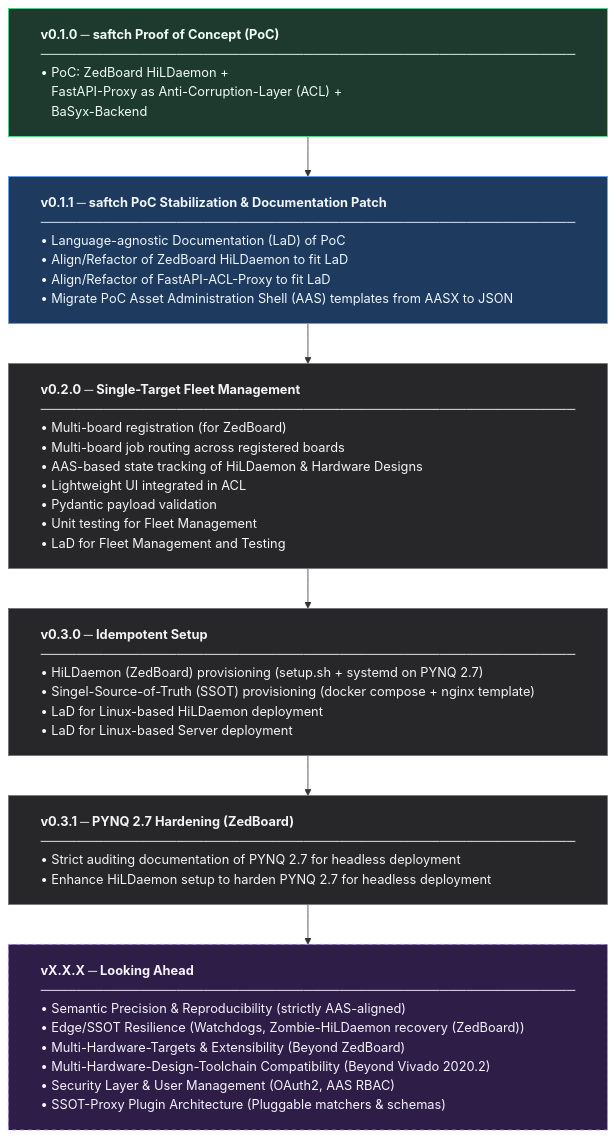
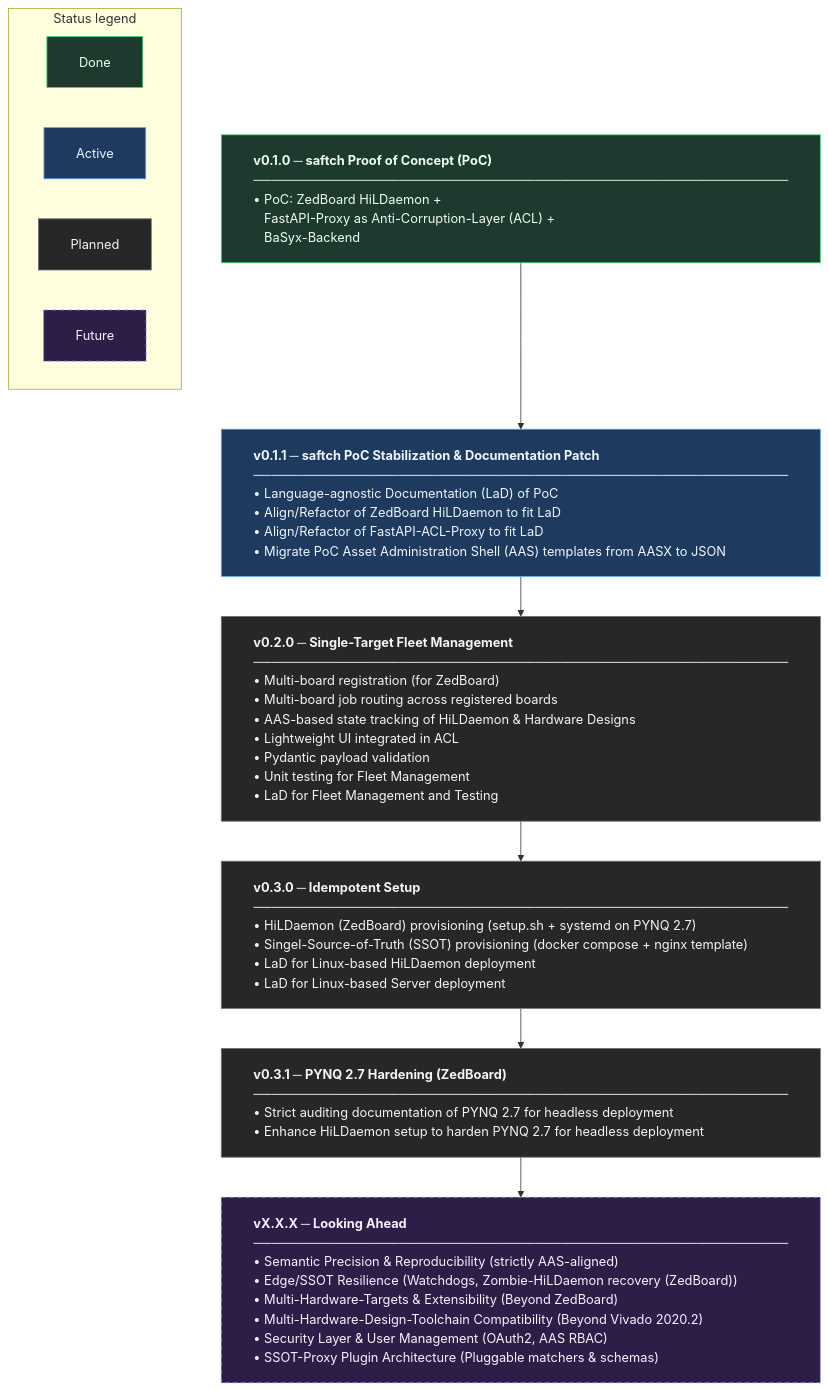
The diagram in docs/roadmap.md (merlinseela/i40-saftch), drawn with Mermaid before and after one commit. The commit also changed other lines of this file, not shown here.

Commit message:
docs: explain roadmap status labels

````diff
--- a/docs/roadmap.md
+++ b/docs/roadmap.md
@@ -8,66 +15,74 @@
 ```mermaid
 ---
 config:
   flowchart:
     wrappingWidth: 600
     padding: 20
 ---
 
 flowchart TD
     v010["`**v0.1.0 ─ saftch Proof of Concept (PoC)** 
         ───────────────────────────────────────────────────────────
         • PoC: ZedBoard HiLDaemon + 
         &nbsp; &nbsp;FastAPI-Proxy as Anti-Corruption-Layer (ACL) +
         &nbsp; &nbsp;BaSyx-Backend
         `"]
     v011["`**v0.1.1 ─ saftch PoC Stabilization & Documentation Patch** 
         ───────────────────────────────────────────────────────────
         • Language-agnostic Documentation (LaD) of PoC
         • Align/Refactor of ZedBoard HiLDaemon to fit LaD 
         • Align/Refactor of FastAPI-ACL-Proxy to fit LaD
         • Migrate PoC Asset Administration Shell (AAS) templates from AASX to JSON
         `"]
     v020["`**v0.2.0 ─ Single-Target Fleet Management**
         ───────────────────────────────────────────────────────────
         • Multi-board registration (for ZedBoard)
         • Multi-board job routing across registered boards
         • AAS-based state tracking of HiLDaemon & Hardware Designs
         • Lightweight UI integrated in ACL
         • Pydantic payload validation
         • Unit testing for Fleet Management
         • LaD for Fleet Management and Testing
         `"]
     v030["`**v0.3.0 ─ Idempotent Setup**
         ───────────────────────────────────────────────────────────
         • HiLDaemon (ZedBoard) provisioning (setup.sh + systemd on PYNQ 2.7)
         • Singel-Source-of-Truth (SSOT) provisioning (docker compose + nginx template)
         • LaD for Linux-based HiLDaemon deployment
         • LaD for Linux-based Server deployment
         `"]
     v031["`**v0.3.1 ─ PYNQ 2.7 Hardening (ZedBoard)**
         ───────────────────────────────────────────────────────────
         • Strict auditing documentation of PYNQ 2.7 for headless deployment
         • Enhance HiLDaemon setup to harden PYNQ 2.7 for headless deployment
         `"]
     vXXX["`**vX.X.X ─ Looking Ahead**
         ───────────────────────────────────────────────────────────
         • Semantic Precision & Reproducibility (strictly AAS-aligned)
         • Edge/SSOT Resilience (Watchdogs, Zombie-HiLDaemon recovery (ZedBoard))
         • Multi-Hardware-Targets & Extensibility (Beyond ZedBoard)
         • Multi-Hardware-Design-Toolchain Compatibility (Beyond Vivado 2020.2)
         • Security Layer & User Management (OAuth2, AAS RBAC)
         • SSOT-Proxy Plugin Architecture (Pluggable matchers & schemas)
         `"]
 
     v010 --> v011 --> v020 --> v030 --> v031 --> vXXX
 
     classDef done fill:#1e3a2f,stroke:#4ade80,color:#f0fdf4,stroke-width:1px,text-align:left
     classDef active fill:#1e3a5f,stroke:#60a5fa,color:#eff6ff,stroke-width:1px, text-align:left
     classDef planned fill:#27272a,stroke:#71717a,color:#f4f4f5,stroke-width:1px, text-align:left
     classDef future fill:#2e1d47,stroke:#a78bfa,color:#f5f3ff,stroke-width:1px,stroke-dasharray:5 5,text-align:left
 
     class v010 done
     class v011 active
     class v020,v030,v031 planned
     class vXXX future
+
+    subgraph statusLegend["Status legend"]
+        direction LR
+        legendDone["Done"]:::done
+        legendActive["Active"]:::active
+        legendPlanned["Planned"]:::planned
+        legendFuture["Future"]:::future
+    end
 ```
````
